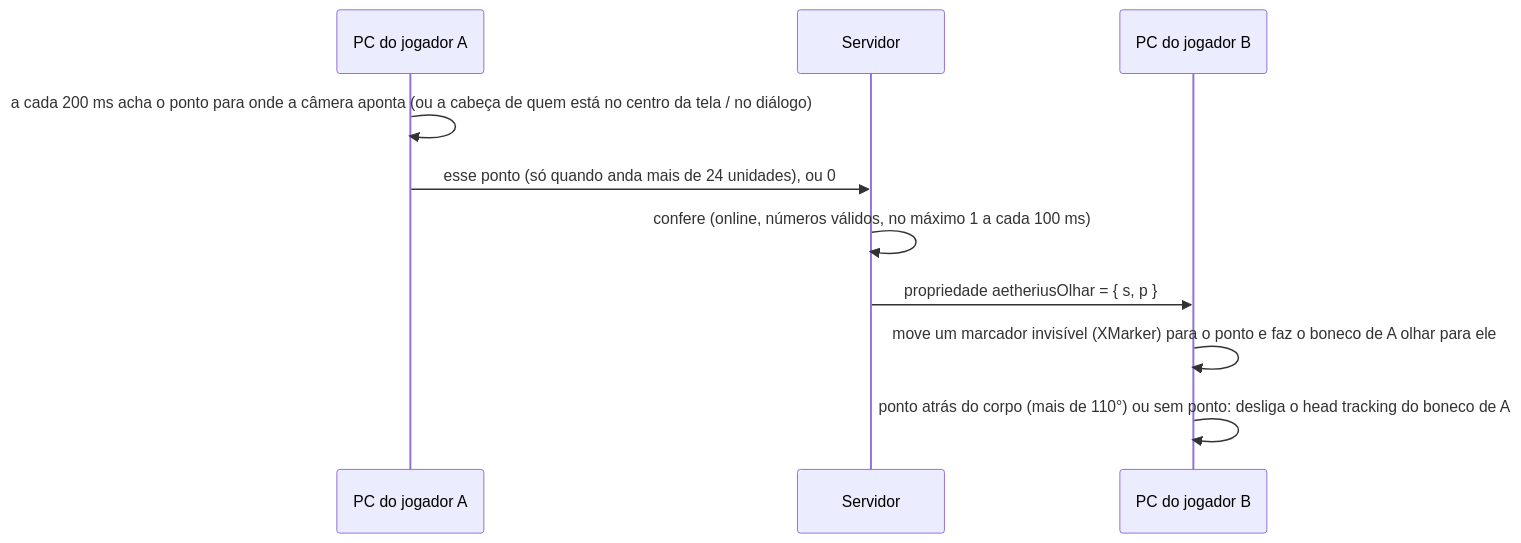
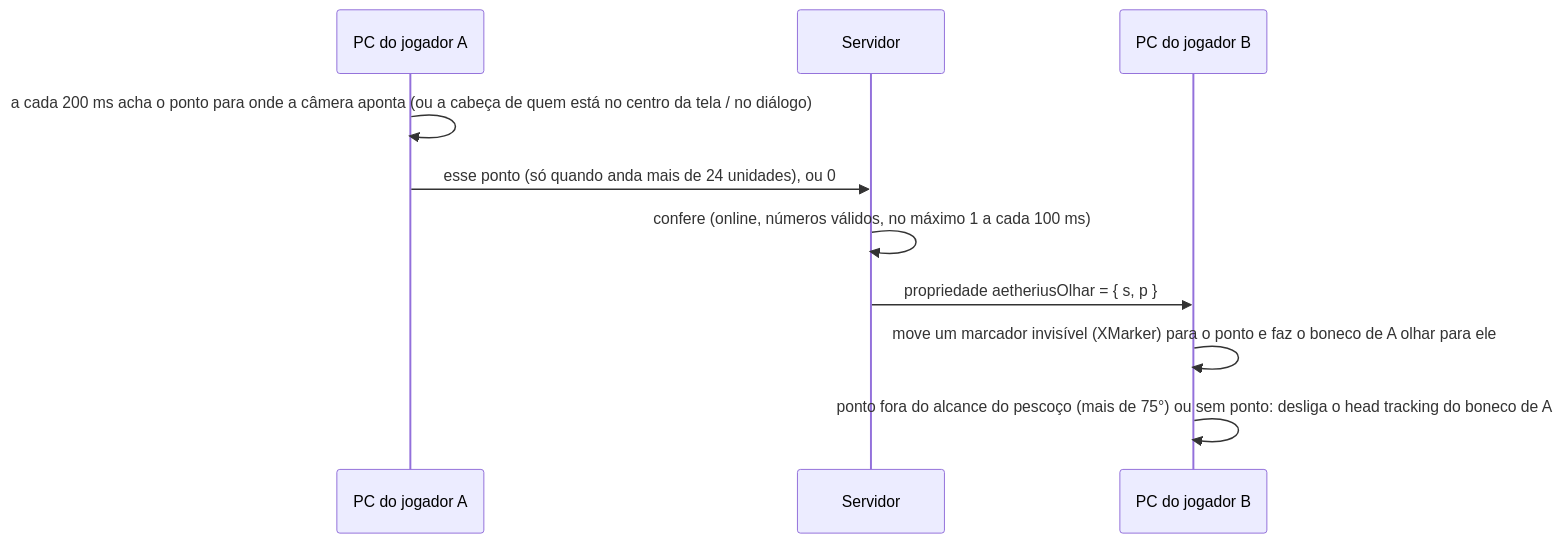
One commit to pablo-rodrigues1/AETHERIUS-ACERVO-DE-INFORMACOES changed the diagram in 02-sistemas/olhar-sincronizado/README.md. Above: the diagram before and after it, drawn with Mermaid. The commit also changed other lines of this file and 3 other files, not shown here.

````diff
--- a/02-sistemas/olhar-sincronizado/README.md
+++ b/02-sistemas/olhar-sincronizado/README.md
@@ -30,12 +30,12 @@
 ```mermaid
 sequenceDiagram
   participant A as PC do jogador A
   participant S as Servidor
   participant B as PC do jogador B
   A->>A: a cada 200 ms acha o ponto para onde a câmera aponta (ou a cabeça de quem está no centro da tela / no diálogo)
   A->>S: esse ponto (só quando anda mais de 24 unidades), ou 0
   S->>S: confere (online, números válidos, no máximo 1 a cada 100 ms)
   S->>B: propriedade aetheriusOlhar = { s, p }
   B->>B: move um marcador invisível (XMarker) para o ponto e faz o boneco de A olhar para ele
-  B->>B: ponto atrás do corpo (mais de 110°) ou sem ponto: desliga o head tracking do boneco de A
+  B->>B: ponto fora do alcance do pescoço (mais de 75°) ou sem ponto: desliga o head tracking do boneco de A
 ```
````
